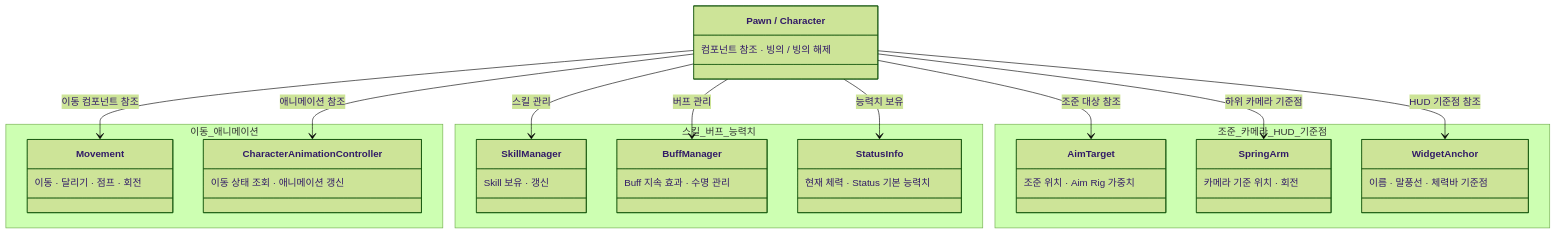
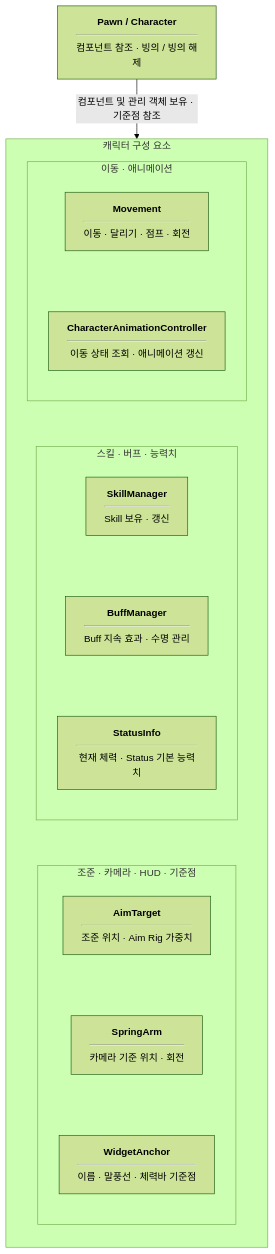
The second of 2 diagrams in README.md (MDJ0126/FrameworkForUnity), drawn with Mermaid (forest theme) before and after one commit. The commit also changed other lines of this file, not shown here.

````diff
--- a/README.md
+++ b/README.md
@@ -116,59 +59,36 @@
 ```mermaid
----
-config:
-  class:
-    hideEmptyMembersBox: true
----
-classDiagram
+flowchart TB
+    Core["<b>Pawn / Character</b><hr/>컴포넌트 참조 · 빙의 / 빙의 해제"]
+    Core -->|컴포넌트 및 관리 객체 보유 · 기준점 참조| Components
+    subgraph Components["캐릭터 구성 요소"]
     direction TB
-    class Core["Pawn / Character"] {
-        컴포넌트 참조 · 빙의 / 빙의 해제
-    }
-    namespace 이동_애니메이션 {
-        class Movement {
-            이동 · 달리기 · 점프 · 회전
-        }
-        class CharacterAnimationController {
-            이동 상태 조회 · 애니메이션 갱신
-        }
-    }
-    namespace 스킬_버프_능력치 {
-        class SkillManager {
-            Skill 보유 · 갱신
-        }
-        class BuffManager {
-            Buff 지속 효과 · 수명 관리
-        }
-        class StatusInfo {
-            현재 체력 · Status 기본 능력치
-        }
-    }
-    namespace 조준_카메라_HUD_기준점 {
-        class AimTarget {
-            조준 위치 · Aim Rig 가중치
-        }
-        class SpringArm {
-            카메라 기준 위치 · 회전
-        }
-        class WidgetAnchor {
-            이름 · 말풍선 · 체력바 기준점
-        }
-    }
-    Core --> Movement : 이동 컴포넌트 참조
-    Core --> CharacterAnimationController : 애니메이션 참조
-    Core --> SkillManager : 스킬 관리
-    Core --> BuffManager : 버프 관리
-    Core --> StatusInfo : 능력치 보유
-    Core --> AimTarget : 조준 대상 참조
-    Core --> SpringArm : 하위 카메라 기준점
-    Core --> WidgetAnchor : HUD 기준점 참조
+    subgraph 이동_애니메이션["이동 · 애니메이션"]
+        direction TB
+        Movement["<b>Movement</b><hr/>이동 · 달리기 · 점프 · 회전"]
+        CharacterAnimationController["<b>CharacterAnimationController</b><hr/>이동 상태 조회 · 애니메이션 갱신"]
+    end
+    subgraph 스킬_버프_능력치["스킬 · 버프 · 능력치"]
+        direction TB
+        SkillManager["<b>SkillManager</b><hr/>Skill 보유 · 갱신"]
+        BuffManager["<b>BuffManager</b><hr/>Buff 지속 효과 · 수명 관리"]
+        StatusInfo["<b>StatusInfo</b><hr/>현재 체력 · Status 기본 능력치"]
+    end
+    subgraph 조준_카메라_HUD_기준점["조준 · 카메라 · HUD · 기준점"]
+        direction TB
+        AimTarget["<b>AimTarget</b><hr/>조준 위치 · Aim Rig 가중치"]
+        SpringArm["<b>SpringArm</b><hr/>카메라 기준 위치 · 회전"]
+        WidgetAnchor["<b>WidgetAnchor</b><hr/>이름 · 말풍선 · 체력바 기준점"]
+    end
+    %% 투명 연결선으로 세로 배치만 지정한다.
+    Movement ~~~ CharacterAnimationController ~~~ SkillManager ~~~ BuffManager ~~~ StatusInfo ~~~ AimTarget ~~~ SpringArm ~~~ WidgetAnchor
+    end
     click Core href "https://github.com/MDJ0126/SampleProjectForUnity/blob/main/Assets/Scripts/InGame/Object/Pawn/Pawn.cs" "Pawn.cs 열기" _blank
     click Movement href "https://github.com/MDJ0126/SampleProjectForUnity/blob/main/Assets/Scripts/InGame/Object/Pawn/Movement.cs" "Movement.cs 열기" _blank
     click CharacterAnimationController href "https://github.com/MDJ0126/SampleProjectForUnity/blob/main/Assets/Scripts/InGame/Object/Pawn/Character/CharacterAnimationController.cs" "CharacterAnimationController.cs 열기" _blank
     click SkillManager href "https://github.com/MDJ0126/SampleProjectForUnity/blob/main/Assets/Scripts/InGame/Skill/SkillManager.cs" "SkillManager.cs 열기" _blank
     click BuffManager href "https://github.com/MDJ0126/SampleProjectForUnity/blob/main/Assets/Scripts/InGame/Buff/BuffManager.cs" "BuffManager.cs 열기" _blank
     click StatusInfo href "https://github.com/MDJ0126/SampleProjectForUnity/blob/main/Assets/Scripts/InGame/Status/StatusInfo.cs" "StatusInfo.cs 열기" _blank
     click AimTarget href "https://github.com/MDJ0126/SampleProjectForUnity/blob/main/Assets/Scripts/InGame/Object/Pawn/Character/AimTarget.cs" "AimTarget.cs 열기" _blank
     click SpringArm href "https://github.com/MDJ0126/SampleProjectForUnity/blob/main/Assets/Scripts/Common/SpringArm.cs" "SpringArm.cs 열기" _blank
     click WidgetAnchor href "https://github.com/MDJ0126/SampleProjectForUnity/blob/main/Assets/Scripts/UI/HUD/WidgetAnchor.cs" "WidgetAnchor.cs 열기" _blank
 ```
````
